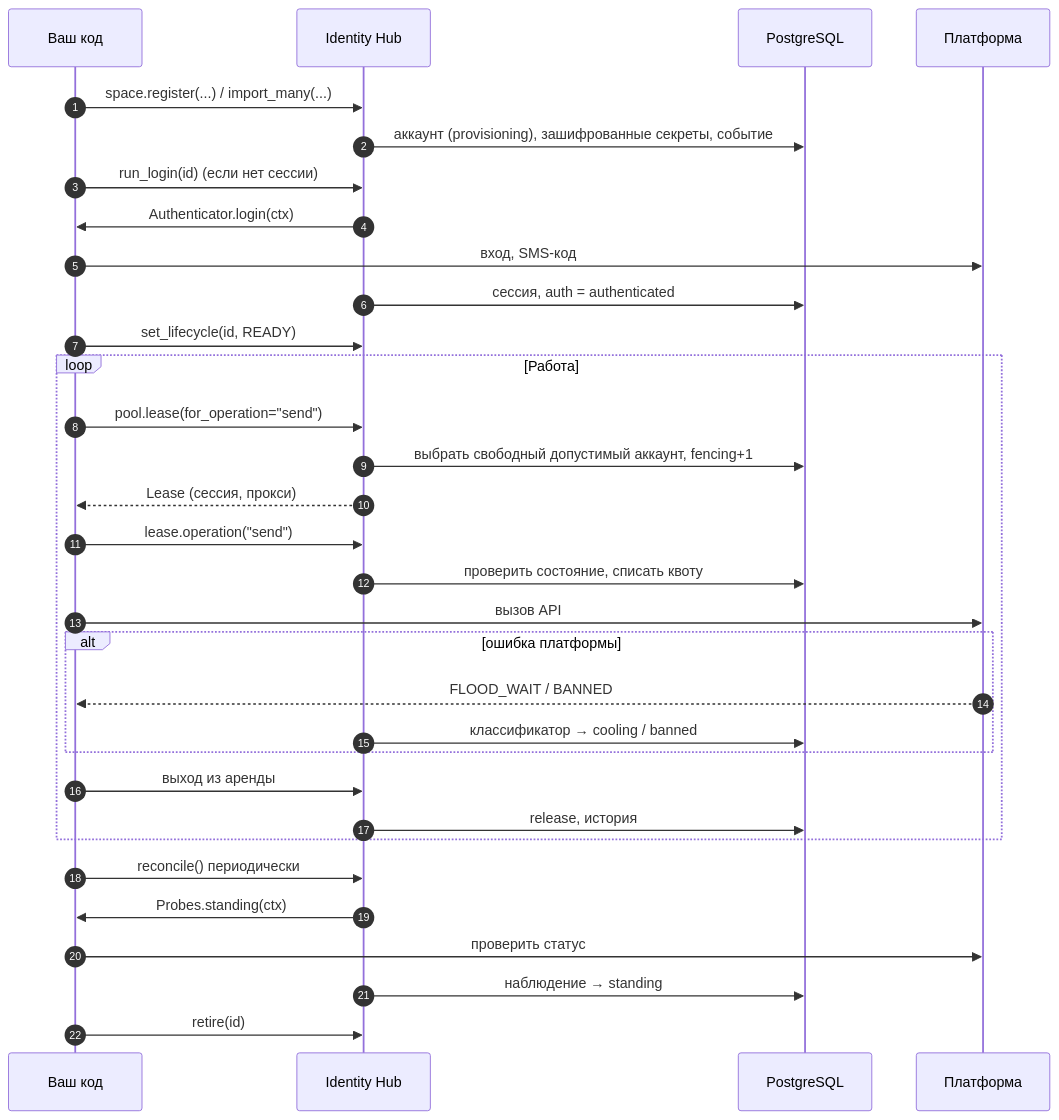
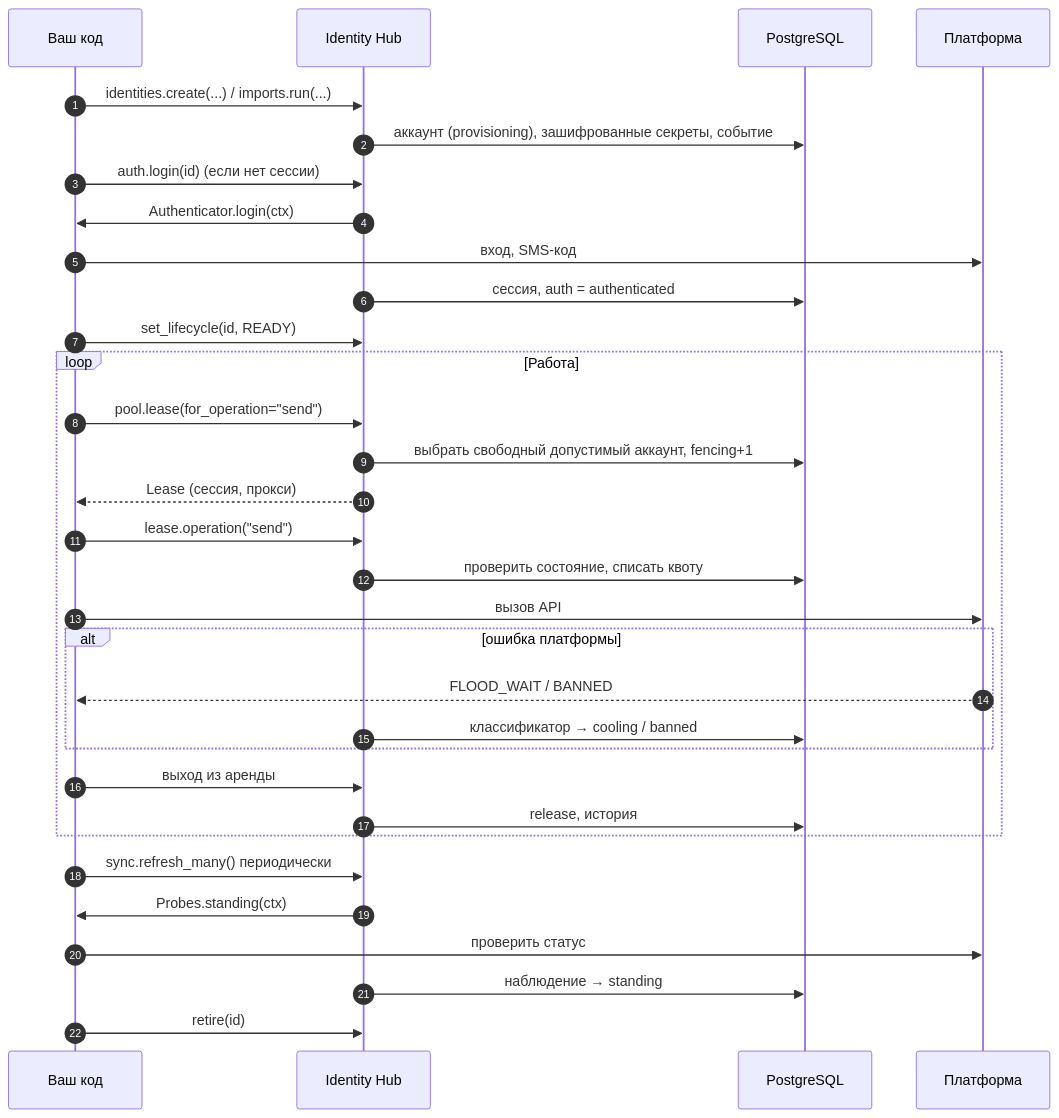
The fourth of 4 diagrams in docs/guide/01-concepts.md (0cherednoq/identity-hub), drawn with Mermaid before and after one commit. The commit also changed other lines of this file and 20 other files, not shown here.

````diff
--- a/docs/guide/01-concepts.md
+++ b/docs/guide/01-concepts.md
@@ -216,35 +216,35 @@
 ```mermaid
 sequenceDiagram
     autonumber
     participant App as Ваш код
     participant Hub as Identity Hub
     participant DB as PostgreSQL
     participant Pl as Платформа
 
-    App->>Hub: space.register(...) / import_many(...)
+    App->>Hub: identities.create(...) / imports.run(...)
     Hub->>DB: аккаунт (provisioning), зашифрованные секреты, событие
-    App->>Hub: run_login(id) (если нет сессии)
+    App->>Hub: auth.login(id) (если нет сессии)
     Hub->>App: Authenticator.login(ctx)
     App->>Pl: вход, SMS-код
     Hub->>DB: сессия, auth = authenticated
     App->>Hub: set_lifecycle(id, READY)
     loop Работа
         App->>Hub: pool.lease(for_operation="send")
         Hub->>DB: выбрать свободный допустимый аккаунт, fencing+1
         Hub-->>App: Lease (сессия, прокси)
         App->>Hub: lease.operation("send")
         Hub->>DB: проверить состояние, списать квоту
         App->>Pl: вызов API
         alt ошибка платформы
             Pl-->>App: FLOOD_WAIT / BANNED
             Hub->>DB: классификатор → cooling / banned
         end
         App->>Hub: выход из аренды
         Hub->>DB: release, история
     end
-    App->>Hub: reconcile() периодически
+    App->>Hub: sync.refresh_many() периодически
     Hub->>App: Probes.standing(ctx)
     App->>Pl: проверить статус
     Hub->>DB: наблюдение → standing
     App->>Hub: retire(id)
 ```
````
